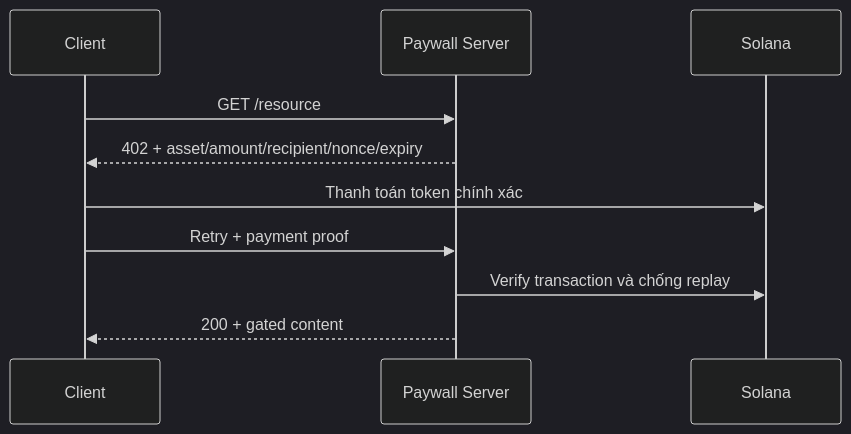
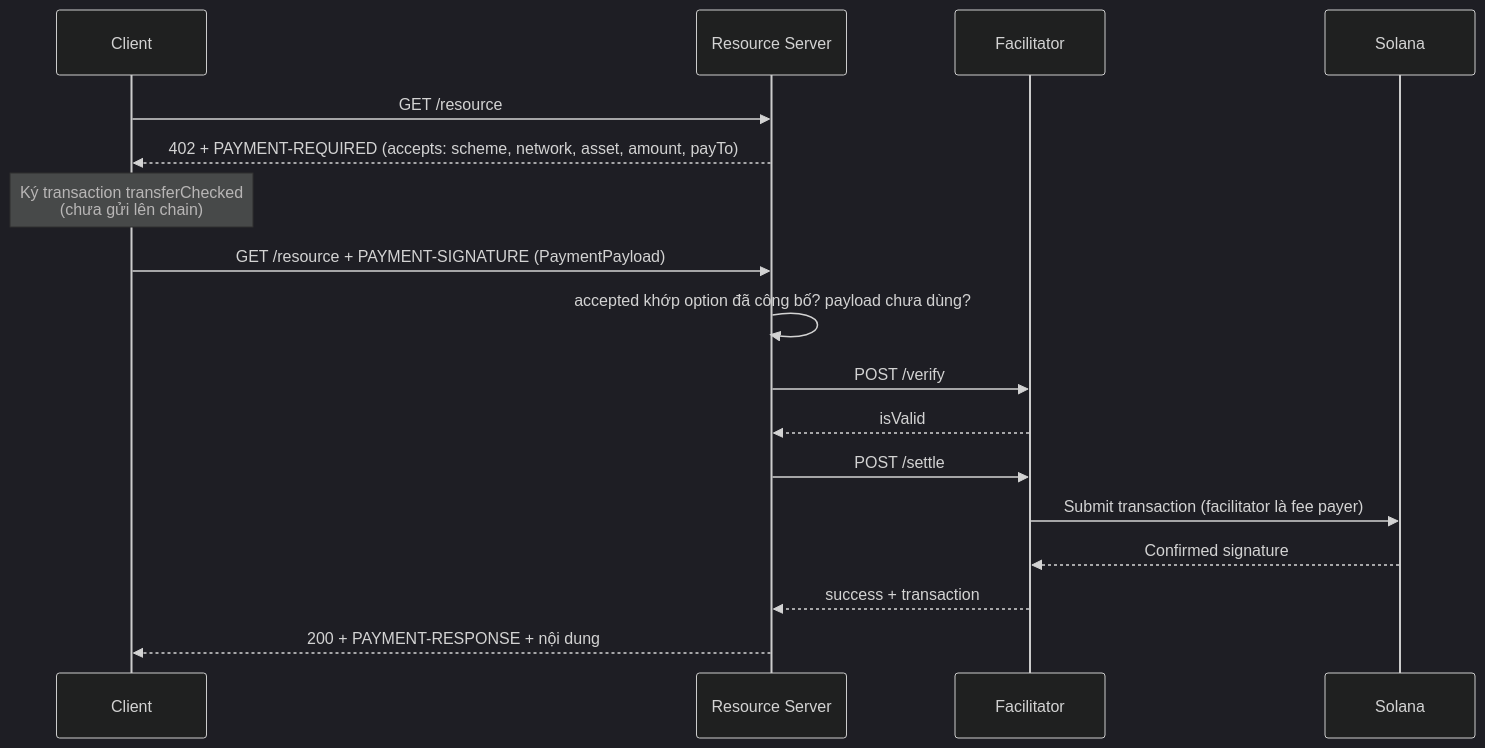
The diagram in notes/images/x402-flow.mmd (corelia-academy/solana-bootcamp), drawn with Mermaid (dark theme) before and after one commit. The commit also changed 29 other files, not shown here.

Commit message:
feat(x402): implement v2 payment flow and runnable client server demos

```diff
--- a/notes/images/x402-flow.mmd
+++ b/notes/images/x402-flow.mmd
@@ -1,10 +1,17 @@
 sequenceDiagram
     participant C as Client
-    participant S as Paywall Server
+    participant S as Resource Server
+    participant F as Facilitator
     participant L as Solana
     C->>S: GET /resource
-    S-->>C: 402 + asset/amount/recipient/nonce/expiry
-    C->>L: Thanh toán token chính xác
-    C->>S: Retry + payment proof
-    S->>L: Verify transaction và chống replay
-    S-->>C: 200 + gated content
+    S-->>C: 402 + PAYMENT-REQUIRED (accepts: scheme, network, asset, amount, payTo)
+    Note over C: Ký transaction transferChecked<br/>(chưa gửi lên chain)
+    C->>S: GET /resource + PAYMENT-SIGNATURE (PaymentPayload)
+    S->>S: accepted khớp option đã công bố? payload chưa dùng?
+    S->>F: POST /verify
+    F-->>S: isValid
+    S->>F: POST /settle
+    F->>L: Submit transaction (facilitator là fee payer)
+    L-->>F: Confirmed signature
+    F-->>S: success + transaction
+    S-->>C: 200 + PAYMENT-RESPONSE + nội dung
```
